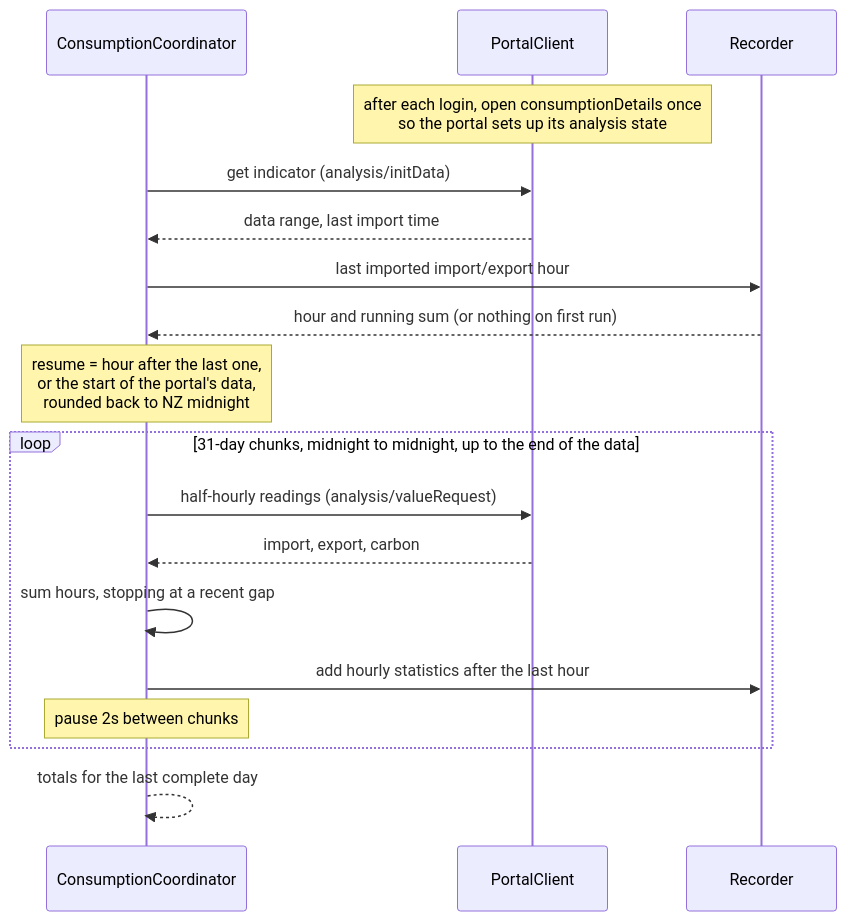
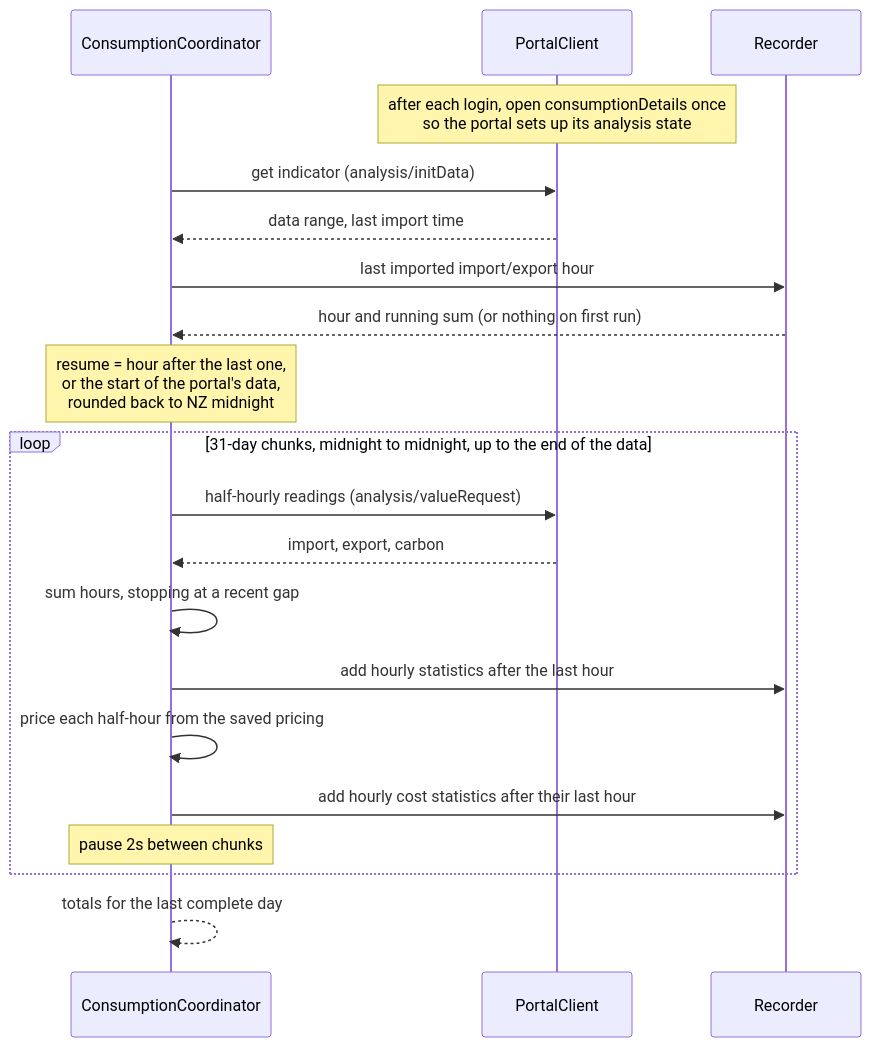
Before and after one commit to rhyskoedijk/ha-ecotricity-nz: the third of 5 diagrams in docs/architecture.md, drawn with Mermaid. The commit also changed other lines of this file and 44 other files, not shown here.

First line of the commit message:
feat: add cost statistics and a bill card

````diff
--- a/docs/architecture.md
+++ b/docs/architecture.md
@@ -130,21 +141,23 @@
 ```mermaid
 sequenceDiagram
     participant C as ConsumptionCoordinator
     participant P as PortalClient
     participant R as Recorder
 
     Note over P: after each login, open consumptionDetails once<br/>so the portal sets up its analysis state
     C->>P: get indicator (analysis/initData)
     P-->>C: data range, last import time
     C->>R: last imported import/export hour
     R-->>C: hour and running sum (or nothing on first run)
     Note over C: resume = hour after the last one,<br/>or the start of the portal's data,<br/>rounded back to NZ midnight
     loop 31-day chunks, midnight to midnight, up to the end of the data
         C->>P: half-hourly readings (analysis/valueRequest)
         P-->>C: import, export, carbon
         C->>C: sum hours, stopping at a recent gap
         C->>R: add hourly statistics after the last hour
+        C->>C: price each half-hour from the saved pricing
+        C->>R: add hourly cost statistics after their last hour
         Note over C: pause 2s between chunks
     end
     C-->>C: totals for the last complete day
 ```
````
